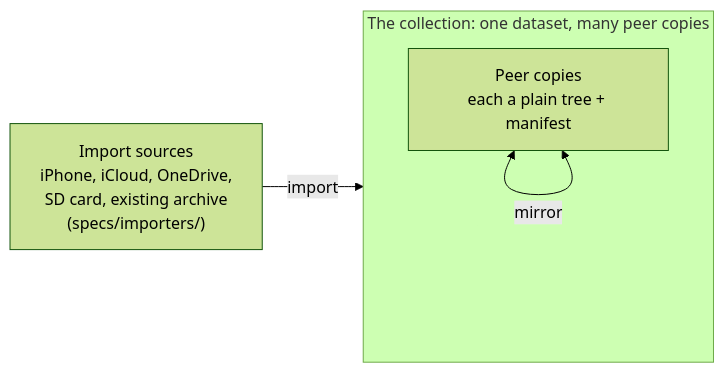
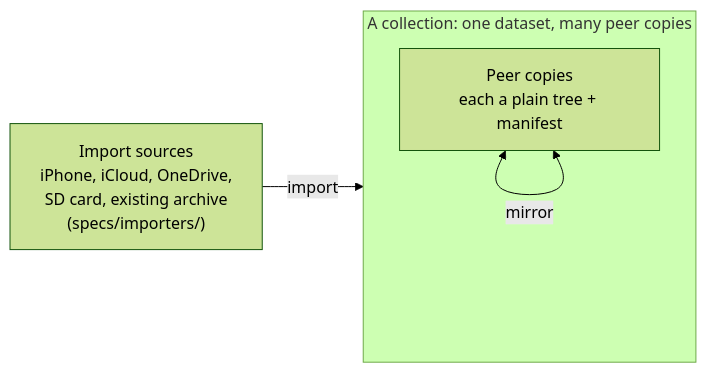
Before and after one commit to NikoAri/turbo-collection: the diagram in specs/turbo-collection-spec.md, drawn with Mermaid (forest theme). The commit also changed other lines of this file and 39 other files, not shown here.

````diff
--- a/specs/turbo-collection-spec.md
+++ b/specs/turbo-collection-spec.md
@@ -34,11 +35,11 @@
 ```mermaid
 flowchart LR
     IN["Import sources<br/>iPhone, iCloud, OneDrive,<br/>SD card, existing archive<br/>(specs/importers/)"]
 
-    subgraph COLL["The collection: one dataset, many peer copies"]
+    subgraph COLL["A collection: one dataset, many peer copies"]
         C["Peer copies<br/>each a plain tree + manifest"]
         C <-->|mirror| C
     end
 
     IN -->|import| COLL
 ```
````
